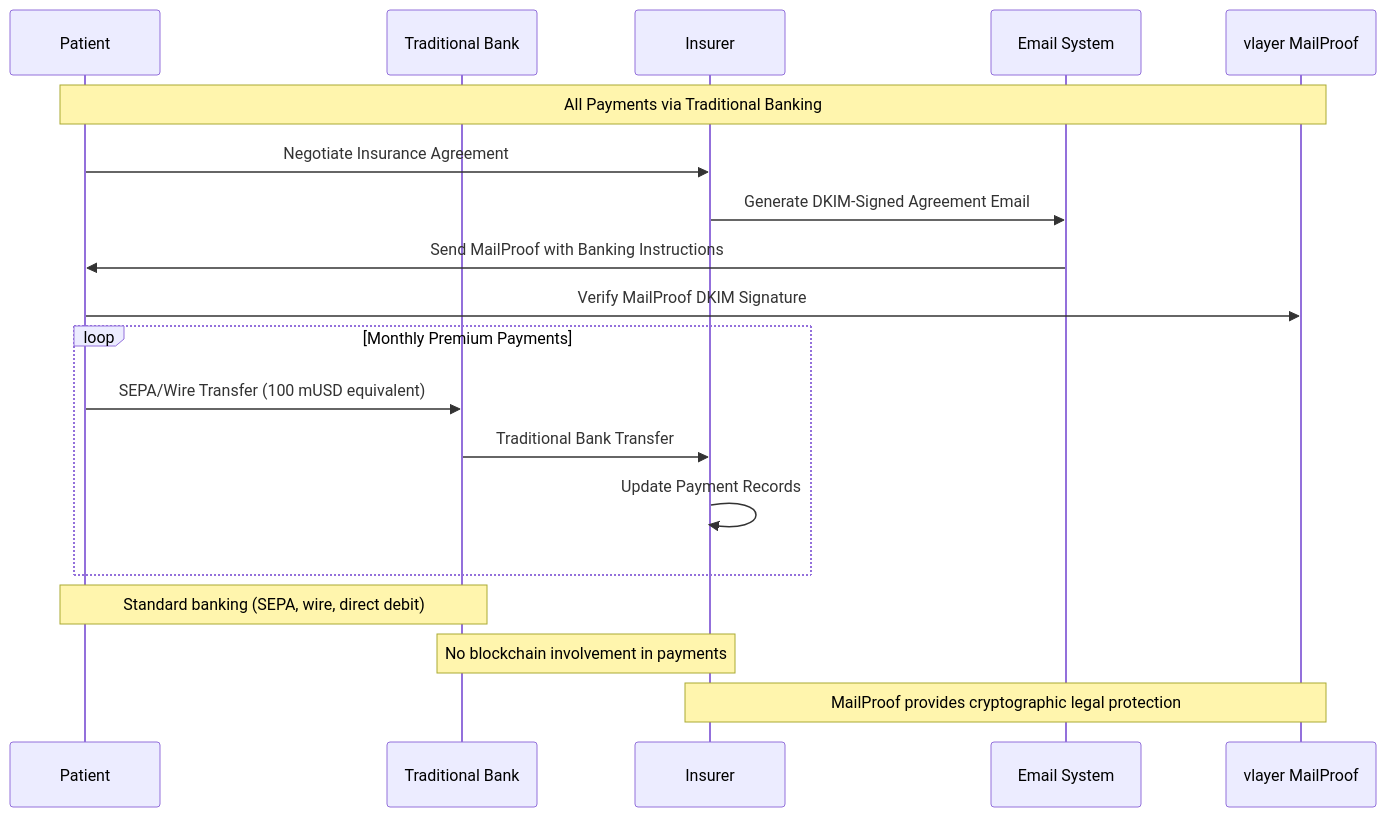
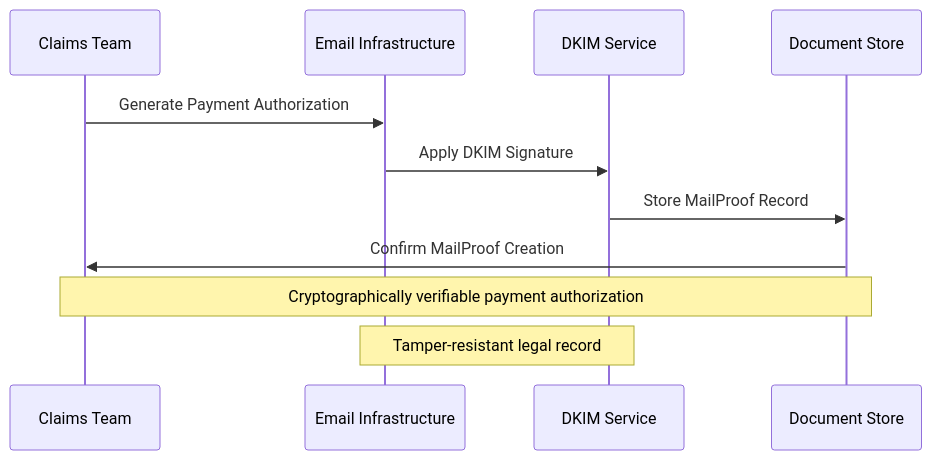
The third of 8 diagrams in memory-bank/activeContext.md (ppezzull/zkMed), drawn with Mermaid before and after one commit. The commit also changed other lines of this file and 5 other files, not shown here.

````diff
--- a/memory-bank/activeContext.md
+++ b/memory-bank/activeContext.md
@@ -37,24 +121,15 @@
 ```mermaid
 sequenceDiagram
-    participant P as Patient
-    participant Bank as Traditional Bank
-    participant I as Insurer
-    participant E as Email System
-    participant V as vlayer MailProof
+    participant Claims as Claims Team
+    participant Email as Email Infrastructure
+    participant DKIM as DKIM Service
+    participant Store as Document Store
 
-    Note over P,V: All Payments via Traditional Banking
-    P->>I: Negotiate Insurance Agreement
-    I->>E: Generate DKIM-Signed Agreement Email
-    E->>P: Send MailProof with Banking Instructions
-    P->>V: Verify MailProof DKIM Signature
+    Claims->>Email: Generate Payment Authorization
+    Email->>DKIM: Apply DKIM Signature
+    DKIM->>Store: Store MailProof Record
+    Store->>Claims: Confirm MailProof Creation
     
-    loop Monthly Premium Payments
-        P->>Bank: SEPA/Wire Transfer (100 mUSD equivalent)
-        Bank->>I: Traditional Bank Transfer
-        I->>I: Update Payment Records
-    end
-    
-    Note over P,Bank: Standard banking (SEPA, wire, direct debit)
-    Note over Bank,I: No blockchain involvement in payments
-    Note over I,V: MailProof provides cryptographic legal protection
+    Note over Claims,Store: Cryptographically verifiable payment authorization
+    Note over Email,DKIM: Tamper-resistant legal record
 ```
````
